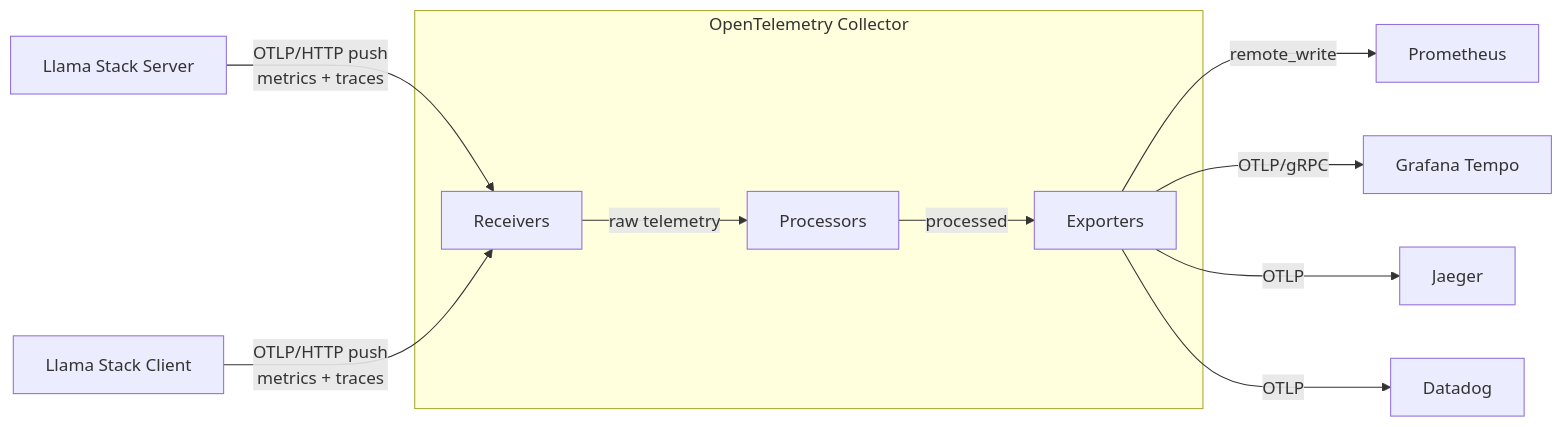
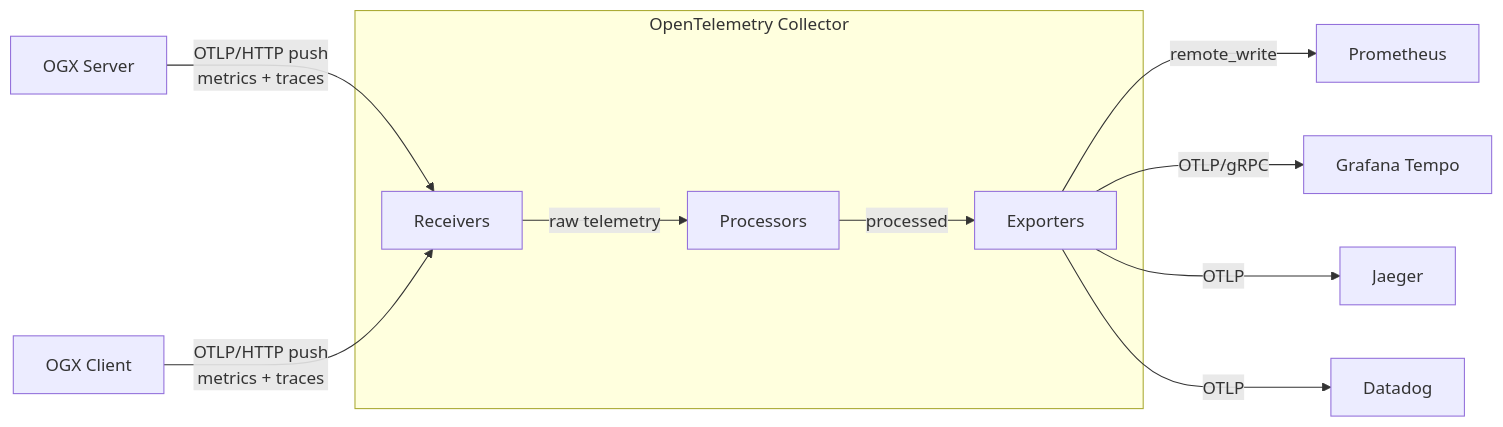
Before and after one commit to skamenan7/llama-stack: the first of 2 diagrams in docs/blog/2026-03-30-observability.md, drawn with Mermaid. The commit also changed other lines of this file and 2206 other files, not shown here.

First line of the commit message:
chore!: rename project from llama-stack to ogx (#5613)

````diff
--- a/docs/blog/2026-03-30-observability.md
+++ b/docs/blog/2026-03-30-observability.md
@@ -64,15 +64,15 @@
 ```mermaid
 graph LR
-    LSS["Llama Stack Server"] -->|"OTLP/HTTP push<br/>metrics + traces"| R
-    LSC["Llama Stack Client"] -->|"OTLP/HTTP push<br/>metrics + traces"| R
+    LSS["OGX Server"] -->|"OTLP/HTTP push<br/>metrics + traces"| R
+    LSC["OGX Client"] -->|"OTLP/HTTP push<br/>metrics + traces"| R
 
     subgraph "OpenTelemetry Collector"
         R["Receivers"] -->|"raw telemetry"| P["Processors"]
         P -->|"processed"| E["Exporters"]
     end
 
     E -->|"remote_write"| Prom["Prometheus"]
     E -->|"OTLP/gRPC"| Tempo["Grafana Tempo"]
     E -->|"OTLP"| Jaeger["Jaeger"]
     E -->|"OTLP"| DD["Datadog"]
 ```
````
